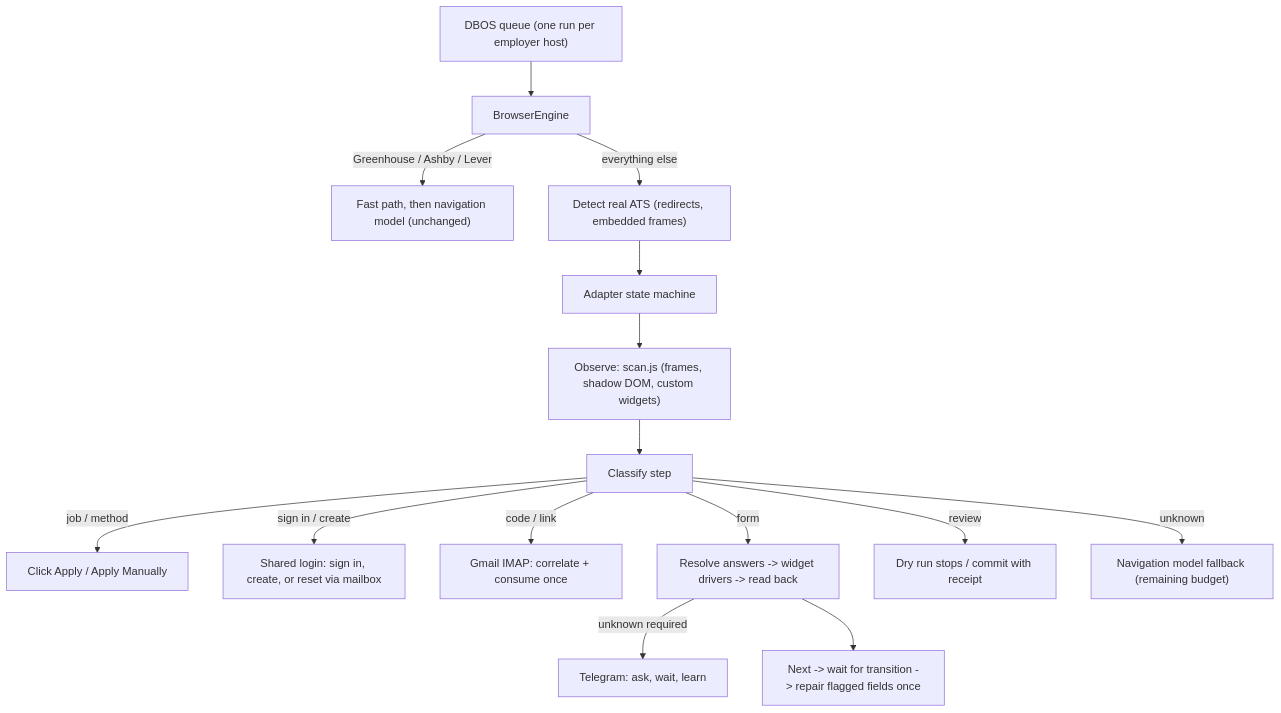
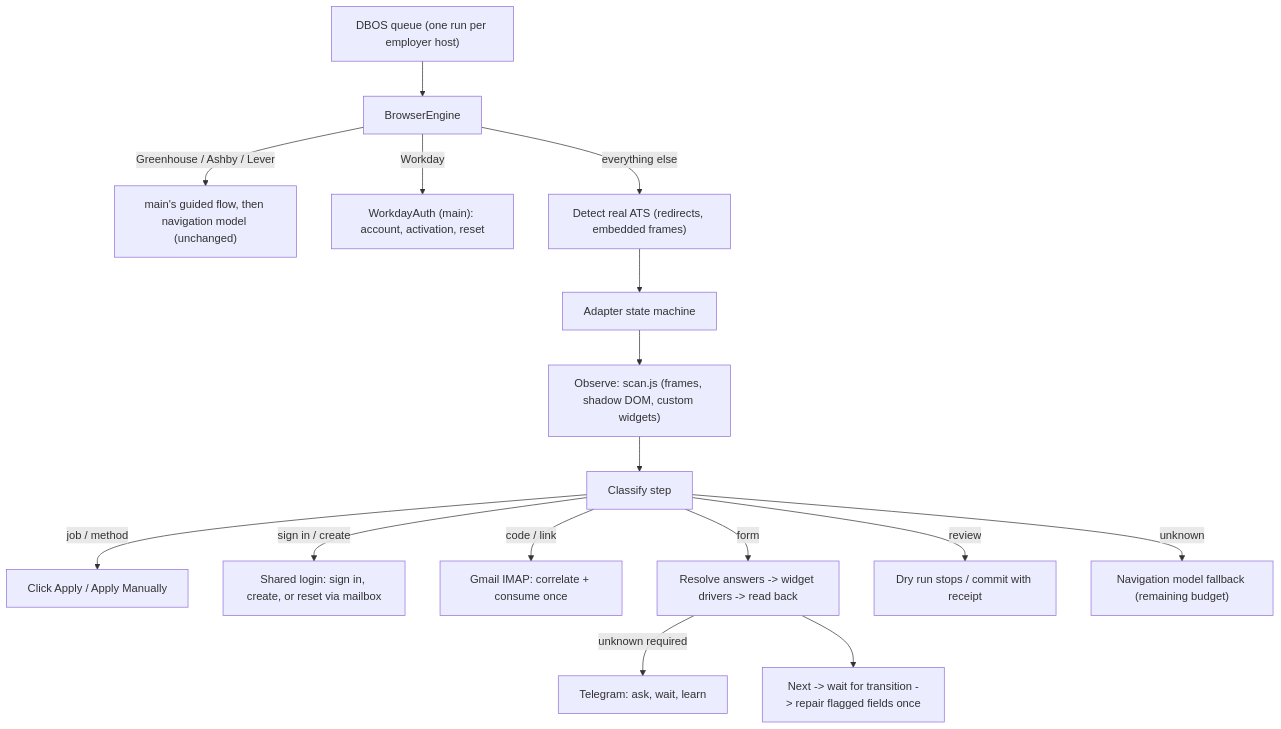
Before and after one commit to premalshah999/ApplyPilot: the diagram in docs/autonomous-engine.md, drawn with Mermaid. The commit also changed other lines of this file and 4 other files, not shown here.

````diff
--- a/docs/autonomous-engine.md
+++ b/docs/autonomous-engine.md
@@ -29,17 +31,18 @@
 ```mermaid
 flowchart TD
   Q["DBOS queue (one run per employer host)"] --> E["BrowserEngine"]
-  E -->|Greenhouse / Ashby / Lever| F["Fast path, then navigation model (unchanged)"]
+  E -->|Greenhouse / Ashby / Lever| F["main's guided flow, then navigation model (unchanged)"]
+  E -->|Workday| W["WorkdayAuth (main): account, activation, reset"]
   E -->|everything else| D["Detect real ATS (redirects, embedded frames)"]
   D --> A["Adapter state machine"]
   A --> O["Observe: scan.js (frames, shadow DOM, custom widgets)"]
   O --> C["Classify step"]
   C -->|job / method| N["Click Apply / Apply Manually"]
   C -->|sign in / create| AU["Shared login: sign in, create, or reset via mailbox"]
   C -->|code / link| M["Gmail IMAP: correlate + consume once"]
   C -->|form| R["Resolve answers -> widget drivers -> read back"]
   R -->|unknown required| T["Telegram: ask, wait, learn"]
   R --> X["Next -> wait for transition -> repair flagged fields once"]
   C -->|review| S["Dry run stops / commit with receipt"]
   C -->|unknown| B["Navigation model fallback (remaining budget)"]
 ```
````
